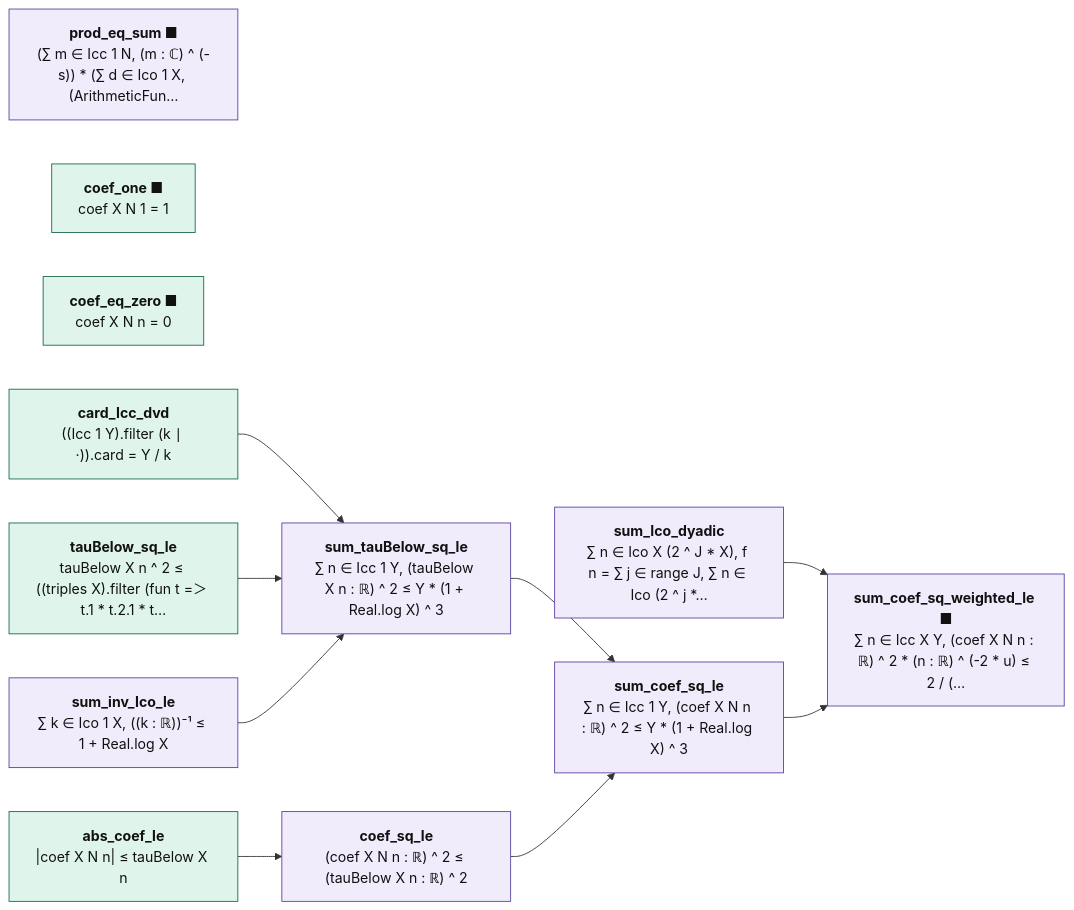
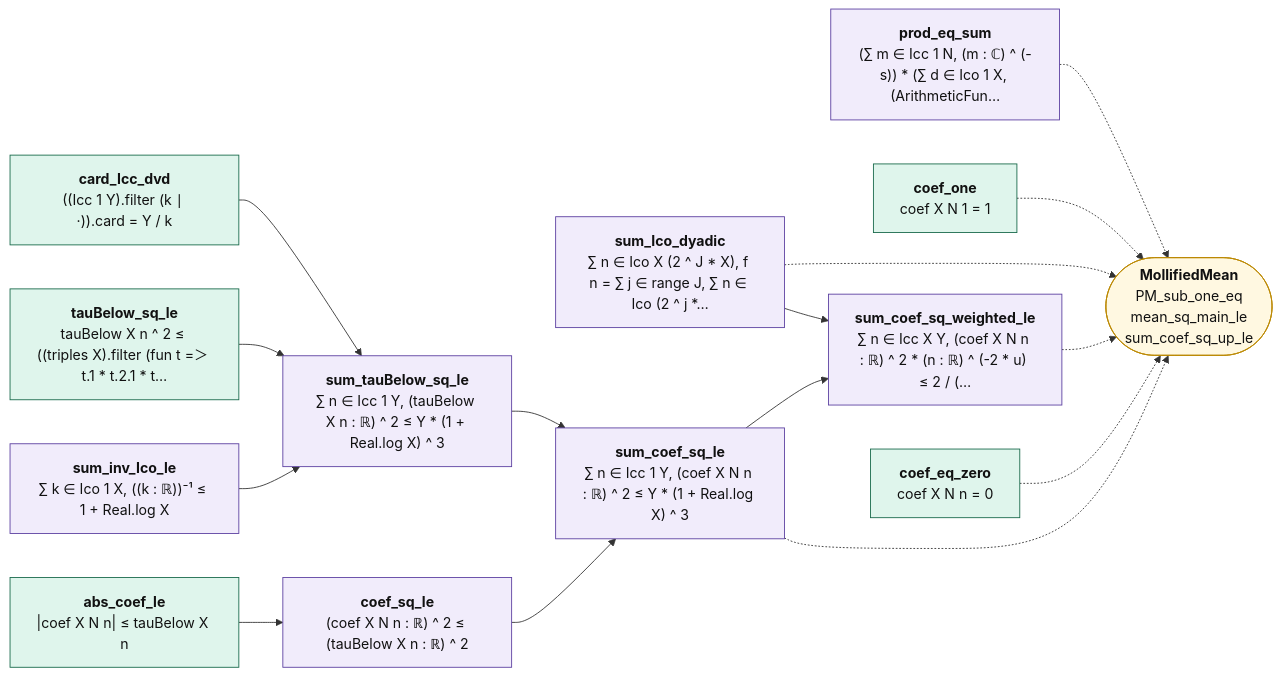
The diagram in map/lean_stage3/Mollified.mmd (juliansambranojr/Primebeat_081426), drawn with Mermaid before and after one commit. The commit also changed 33 other files, not shown here.

First line of the commit message:
C4: the mean square of zeta times the mollifier, less one, on a vertical line (unit 0451)

```diff
--- a/map/lean_stage3/Mollified.mmd
+++ b/map/lean_stage3/Mollified.mmd
@@ -1,29 +1,36 @@
 flowchart LR
-  n0["<b>prod_eq_sum ■</b><br/>(∑ m ∈ Icc 1 N, (m : ℂ) ^ (-s)) * (∑ d ∈ Ico 1 X, (ArithmeticFun…"]:::shp
-  n1["<b>coef_one ■</b><br/>coef X N 1 = 1"]:::cnt
-  n2["<b>coef_eq_zero ■</b><br/>coef X N n = 0"]:::cnt
+  n0["<b>prod_eq_sum</b><br/>(∑ m ∈ Icc 1 N, (m : ℂ) ^ (-s)) * (∑ d ∈ Ico 1 X, (ArithmeticFun…"]:::shp
+  n1["<b>coef_one</b><br/>coef X N 1 = 1"]:::cnt
+  n2["<b>coef_eq_zero</b><br/>coef X N n = 0"]:::cnt
   n3["<b>abs_coef_le</b><br/>|coef X N n| ≤ tauBelow X n"]:::cnt
   n4["<b>card_Icc_dvd</b><br/>((Icc 1 Y).filter (k ∣ ·)).card = Y / k"]:::cnt
   n5["<b>tauBelow_sq_le</b><br/>tauBelow X n ^ 2 ≤ ((triples X).filter (fun t =＞ t.1 * t.2.1 * t…"]:::cnt
   n6["<b>sum_inv_Ico_le</b><br/>∑ k ∈ Ico 1 X, ((k : ℝ))⁻¹ ≤ 1 + Real.log X"]:::shp
   n7["<b>sum_tauBelow_sq_le</b><br/>∑ n ∈ Icc 1 Y, (tauBelow X n : ℝ) ^ 2 ≤ Y * (1 + Real.log X) ^ 3"]:::shp
   n8["<b>coef_sq_le</b><br/>(coef X N n : ℝ) ^ 2 ≤ (tauBelow X n : ℝ) ^ 2"]:::shp
   n9["<b>sum_coef_sq_le</b><br/>∑ n ∈ Icc 1 Y, (coef X N n : ℝ) ^ 2 ≤ Y * (1 + Real.log X) ^ 3"]:::shp
   n10["<b>sum_Ico_dyadic</b><br/>∑ n ∈ Ico X (2 ^ J * X), f n = ∑ j ∈ range J, ∑ n ∈ Ico (2 ^ j *…"]:::shp
-  n11["<b>sum_coef_sq_weighted_le ■</b><br/>∑ n ∈ Icc X Y, (coef X N n : ℝ) ^ 2 * (n : ℝ) ^ (-2 * u) ≤ 2 / (…"]:::shp
+  n11["<b>sum_coef_sq_weighted_le</b><br/>∑ n ∈ Icc X Y, (coef X N n : ℝ) ^ 2 * (n : ℝ) ^ (-2 * u) ≤ 2 / (…"]:::shp
+  x0(["<b>MollifiedMean</b><br/>PM_sub_one_eq<br/>mean_sq_main_le<br/>sum_coef_sq_up_le"]):::ext
   n10 --> n11
   n3 --> n8
   n4 --> n7
   n5 --> n7
   n6 --> n7
   n7 --> n9
   n8 --> n9
   n9 --> n11
+  n0 -.-> x0
+  n1 -.-> x0
+  n10 -.-> x0
+  n11 -.-> x0
+  n2 -.-> x0
+  n9 -.-> x0
   classDef cnt fill:#dff5ec,stroke:#17694a,color:#111
   classDef shp fill:#f1ecfb,stroke:#5b3fa0,color:#111
   classDef rh fill:#ffe5e5,stroke:#c22,color:#111,stroke-width:2px
   classDef thm fill:#eef4ff,stroke:#335,color:#111
   classDef end_ fill:#e7f7e7,stroke:#2a7,color:#111,stroke-width:2px
   classDef lone fill:#fff,stroke:#999,color:#111,stroke-dasharray:4 3
   classDef bad fill:#ffe5e5,stroke:#c22,color:#111,stroke-width:2px
   classDef ext fill:#fff8e1,stroke:#b80,color:#111
```
